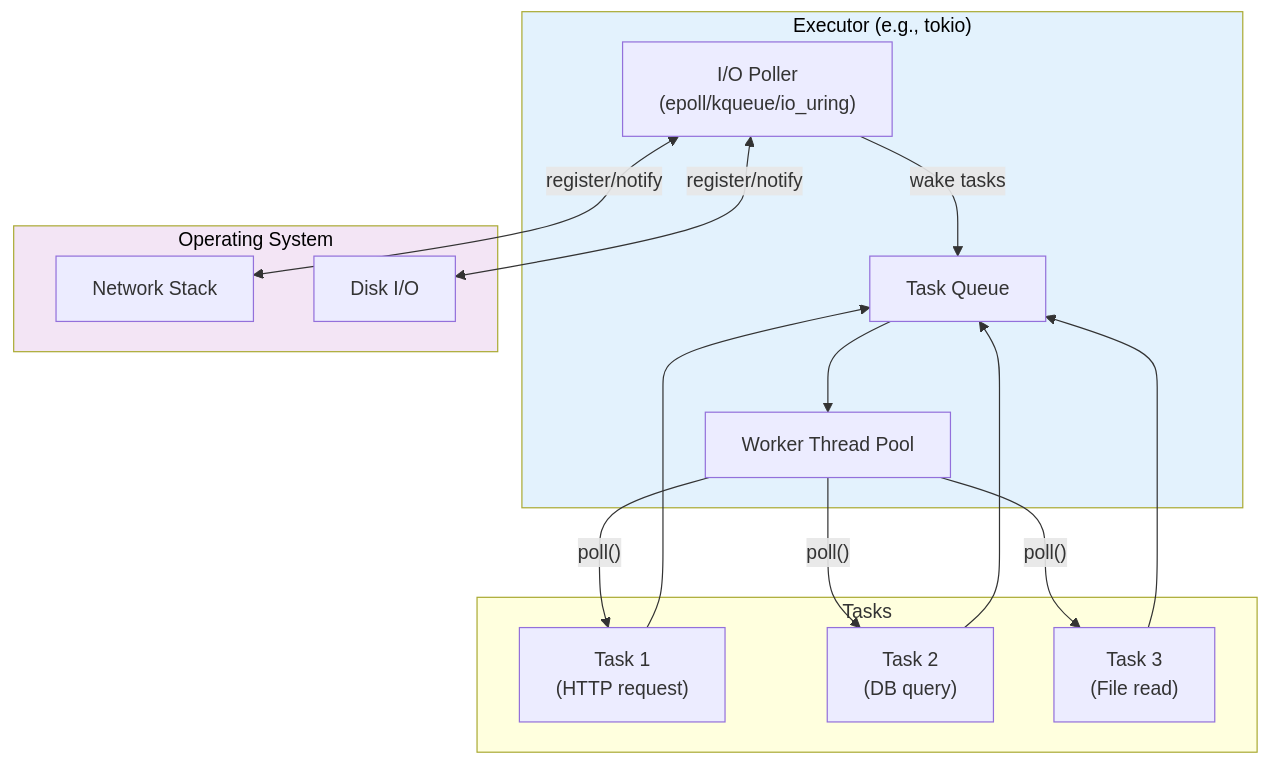
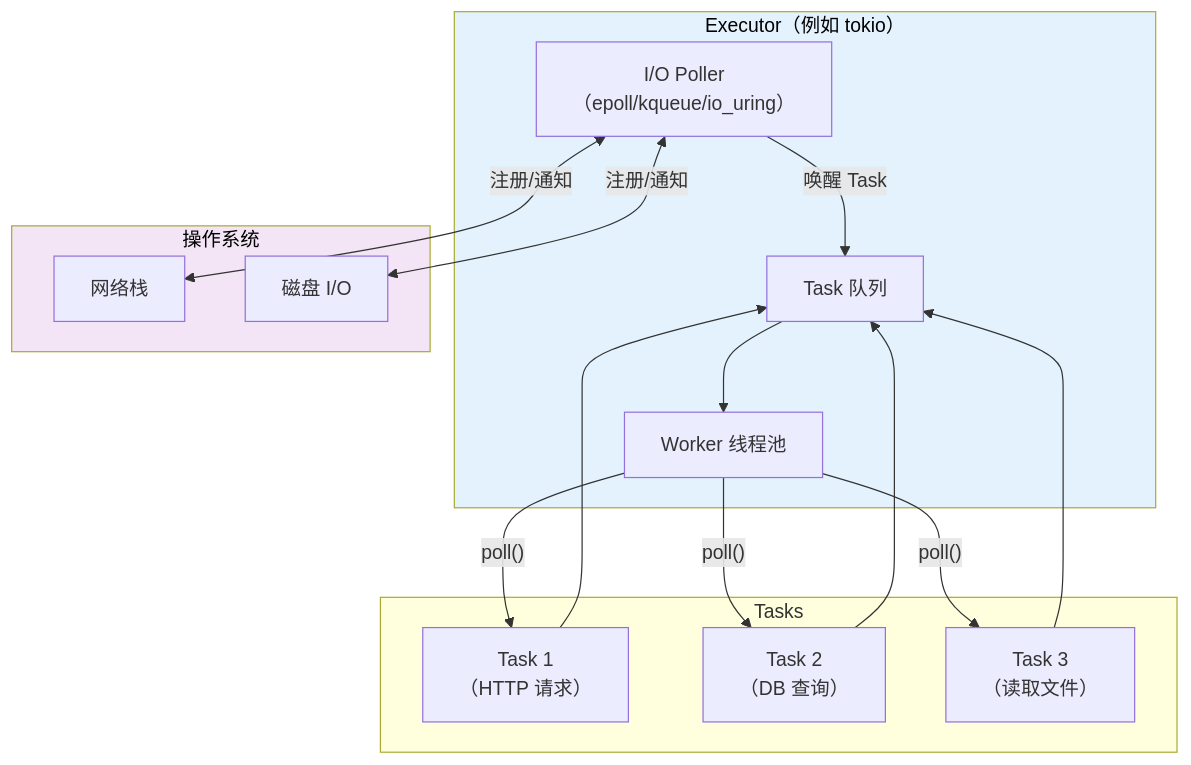
Before and after one commit to hearsay316/RustTraining: the first of 3 diagrams in async-book/src-zh/ch07-executors-and-runtimes.md, drawn with Mermaid. The commit also changed other lines of this file and 18 other files, not shown here.

````diff
--- a/async-book/src-zh/ch07-executors-and-runtimes.md
+++ b/async-book/src-zh/ch07-executors-and-runtimes.md
@@ -15,33 +15,33 @@
 ```mermaid
 graph TB
-    subgraph Executor["Executor (e.g., tokio)"]
-        QUEUE["Task Queue"]
-        POLLER["I/O Poller<br/>(epoll/kqueue/io_uring)"]
-        THREADS["Worker Thread Pool"]
+    subgraph Executor["Executor（例如 tokio）"]
+        QUEUE["Task 队列"]
+        POLLER["I/O Poller<br/>（epoll/kqueue/io_uring）"]
+        THREADS["Worker 线程池"]
     end
 
     subgraph Tasks
-        T1["Task 1<br/>(HTTP request)"]
-        T2["Task 2<br/>(DB query)"]
-        T3["Task 3<br/>(File read)"]
+        T1["Task 1<br/>（HTTP 请求）"]
+        T2["Task 2<br/>（DB 查询）"]
+        T3["Task 3<br/>（读取文件）"]
     end
 
-    subgraph OS["Operating System"]
-        NET["Network Stack"]
-        DISK["Disk I/O"]
+    subgraph OS["操作系统"]
+        NET["网络栈"]
+        DISK["磁盘 I/O"]
     end
 
     T1 --> QUEUE
     T2 --> QUEUE
     T3 --> QUEUE
     QUEUE --> THREADS
     THREADS -->|"poll()"| T1
     THREADS -->|"poll()"| T2
     THREADS -->|"poll()"| T3
-    POLLER <-->|"register/notify"| NET
-    POLLER <-->|"register/notify"| DISK
-    POLLER -->|"wake tasks"| QUEUE
+    POLLER <-->|"注册/通知"| NET
+    POLLER <-->|"注册/通知"| DISK
+    POLLER -->|"唤醒 Task"| QUEUE
 
     style Executor fill:#e3f2fd,color:#000
     style OS fill:#f3e5f5,color:#000
 ```
````
